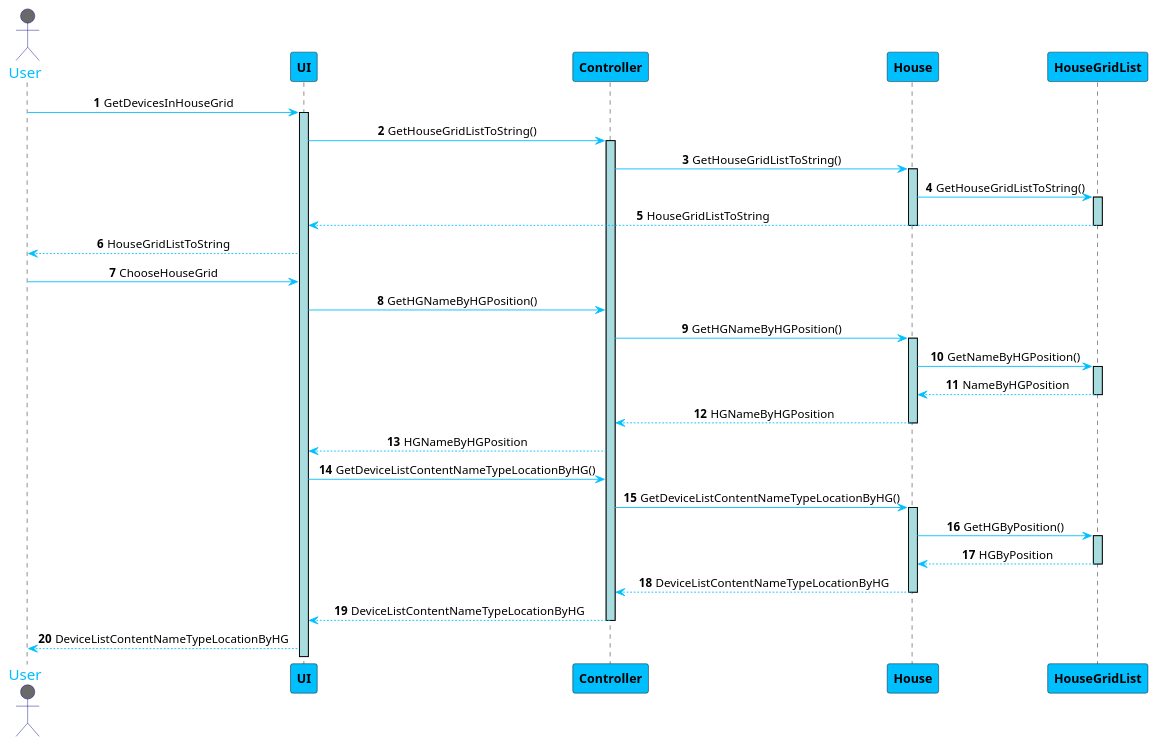
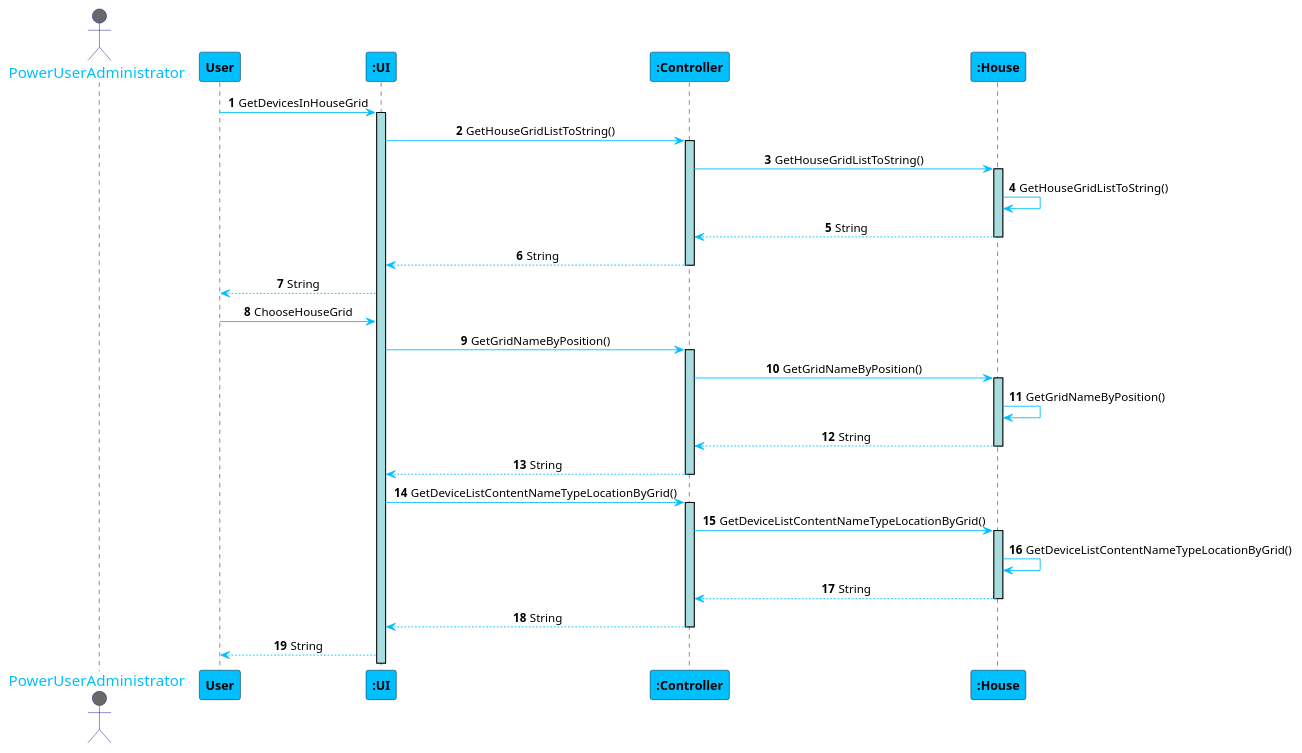
The diagram in src/Docs/Sprint2/GetDevicesInHouseGrid.puml (1181687/hateoasToy), drawn with PlantUML before and after one commit.

Commit message:
Changes to sequence diagram

```diff
--- a/src/Docs/Sprint2/GetDevicesInHouseGrid.puml
+++ b/src/Docs/Sprint2/GetDevicesInHouseGrid.puml
@@ -1,60 +1,56 @@
 @startuml
 skinparam sequenceMessageAlign center
 skinparam sequence {
 	ArrowColor DeepSkyBlue
 	ActorBorderColor DarkBlue
 	LifeLineBorderColor black
 	LifeLineBackgroundColor #A9DCDF
 
 	ParticipantBorderColor Black
 	ParticipantBackgroundColor DeepSkyBlue
 	ParticipantFontStyle Bold
 
 	ActorBackgroundColor DimGrey
 	ActorFontColor DeepSkyBlue
 	ActorFontSize 17
 	ActorFontName Aapex
 }
 
 autonumber
-actor User
-User -> UI: GetDevicesInHouseGrid
-activate UI
-UI -> Controller: GetHouseGridListToString()
-activate Controller
-Controller -> House: GetHouseGridListToString()
-activate House
-House -> HouseGridList: GetHouseGridListToString()
-activate HouseGridList
-UI <-- HouseGridList: HouseGridListToString
-deactivate HouseGridList
-deactivate House
-User <-- UI: HouseGridListToString
+actor PowerUserAdministrator
+User -> ":UI": GetDevicesInHouseGrid
+activate ":UI"
+":UI" -> ":Controller": GetHouseGridListToString()
+activate ":Controller"
+":Controller" -> ":House": GetHouseGridListToString()
+activate ":House"
+":House" -> ":House": GetHouseGridListToString()
+":Controller" <-- ":House": String
+deactivate ":House"
+":UI" <-- ":Controller": String
+deactivate ":Controller"
+User <--":UI":String
 
-User -> UI: ChooseHouseGrid
-UI -> Controller: GetHGNameByHGPosition()
-Controller -> House: GetHGNameByHGPosition()
-activate House
-House -> HouseGridList: GetNameByHGPosition()
-activate HouseGridList
-House <-- HouseGridList: NameByHGPosition
-deactivate HouseGridList
-Controller <-- House: HGNameByHGPosition
-deactivate House
-UI <-- Controller: HGNameByHGPosition
+User -> ":UI": ChooseHouseGrid
+":UI" -> ":Controller": GetGridNameByPosition()
+activate ":Controller"
+":Controller" -> ":House": GetGridNameByPosition()
+activate ":House"
+":House" -> ":House": GetGridNameByPosition()
+":Controller" <-- ":House": String
+deactivate ":House"
+":UI" <-- ":Controller": String
+deactivate ":Controller"
 
 
-UI -> Controller: GetDeviceListContentNameTypeLocationByHG()
-
-Controller -> House: GetDeviceListContentNameTypeLocationByHG()
-activate House
-House -> HouseGridList: GetHGByPosition()
-activate HouseGridList
-House <-- HouseGridList: HGByPosition
-deactivate HouseGridList
-Controller <-- House: DeviceListContentNameTypeLocationByHG
-deactivate House
-UI <-- Controller: DeviceListContentNameTypeLocationByHG
-deactivate Controller
-User <-- UI: DeviceListContentNameTypeLocationByHG
+":UI" -> ":Controller": GetDeviceListContentNameTypeLocationByGrid()
+activate ":Controller"
+":Controller" -> ":House": GetDeviceListContentNameTypeLocationByGrid()
+activate ":House"
+":House" -> ":House": GetDeviceListContentNameTypeLocationByGrid()
+":Controller" <-- ":House": String
+deactivate ":House"
+":UI" <-- ":Controller": String
+deactivate ":Controller"
+User <-- ":UI": String
 @enduml
```
